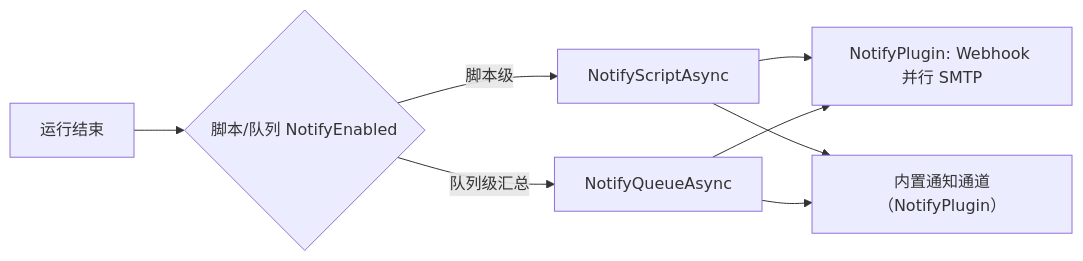
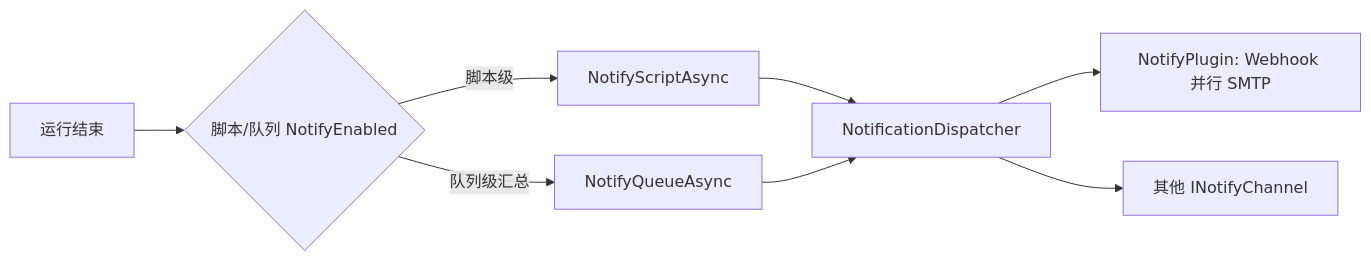
The fourth of 4 diagrams in docs/DESIGN.md (FlappiBakuse/NexusPipeline), drawn with Mermaid before and after one commit. The commit also changed other lines of this file and 33 other files, not shown here.

````diff
--- a/docs/DESIGN.md
+++ b/docs/DESIGN.md
@@ -270,10 +276,10 @@
 ```mermaid
 flowchart LR
     R[运行结束] --> N{脚本/队列 NotifyEnabled}
     N -- 脚本级 --> S[NotifyScriptAsync]
     N -- 队列级汇总 --> Q[NotifyQueueAsync]
-    S --> C1[NotifyPlugin: Webhook 并行 SMTP]
-    Q --> C1
-    S --> C2[内置通知通道（NotifyPlugin）]
-    Q --> C2
+    S --> D[NotificationDispatcher]
+    Q --> D
+    D --> C1[NotifyPlugin: Webhook 并行 SMTP]
+    D --> C2[其他 INotifyChannel]
 ```
````
